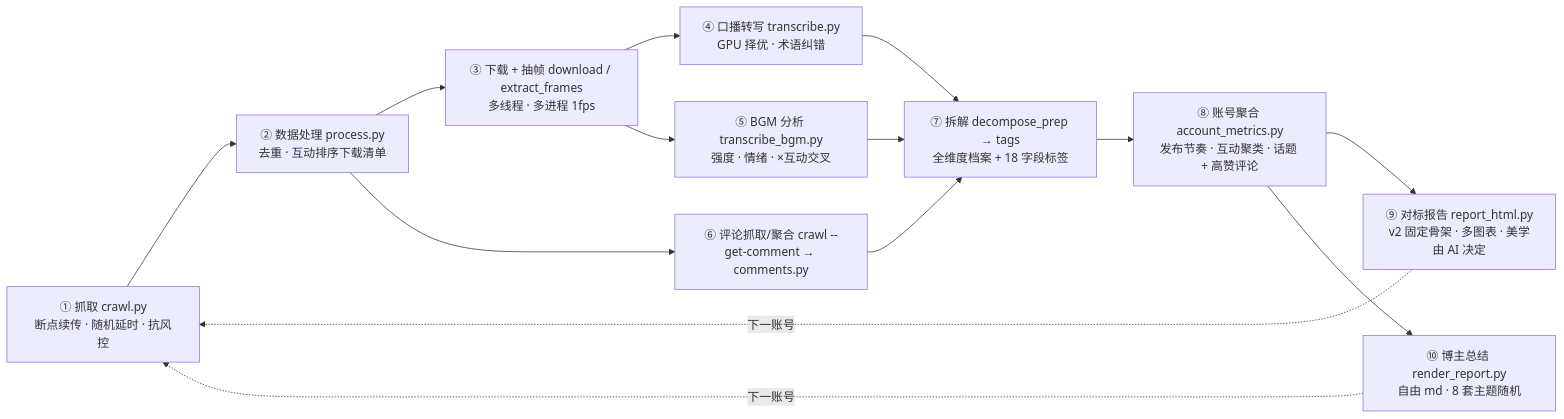
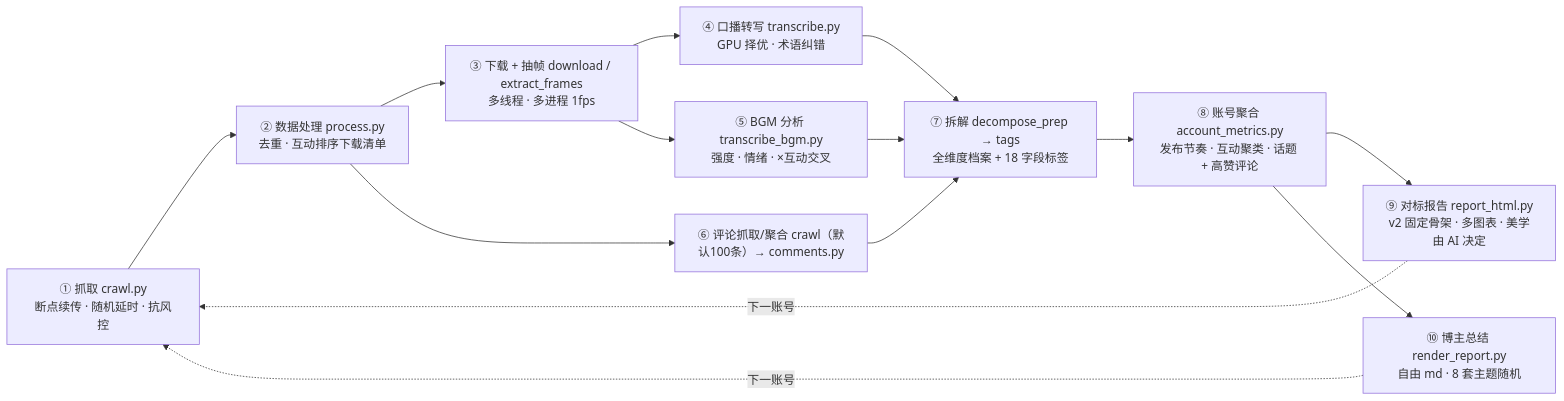
The diagram in README.md (sdhack/douyin-crawl-report), drawn with Mermaid before and after one commit. The commit also changed other lines of this file and 10 other files, not shown here.

````diff
--- a/README.md
+++ b/README.md
@@ -18,16 +18,16 @@
 ```mermaid
 flowchart LR
     A["① 抓取 crawl.py<br/>断点续传 · 随机延时 · 抗风控"] --> B["② 数据处理 process.py<br/>去重 · 互动排序下载清单"]
     B --> C["③ 下载 + 抽帧 download / extract_frames<br/>多线程 · 多进程 1fps"]
     C --> D["④ 口播转写 transcribe.py<br/>GPU 择优 · 术语纠错"]
     C --> E["⑤ BGM 分析 transcribe_bgm.py<br/>强度 · 情绪 · ×互动交叉"]
-    B --> F["⑥ 评论抓取/聚合 crawl --get-comment → comments.py"]
+    B --> F["⑥ 评论抓取/聚合 crawl（默认100条）→ comments.py"]
     D --> G["⑦ 拆解 decompose_prep → tags<br/>全维度档案 + 18 字段标签"]
     F --> G
     E --> G
     G --> H["⑧ 账号聚合 account_metrics.py<br/>发布节奏 · 互动聚类 · 话题 + 高赞评论"]
     H --> I["⑨ 对标报告 report_html.py<br/>v2 固定骨架 · 多图表 · 美学由 AI 决定"]
     H --> J["⑩ 博主总结 render_report.py<br/>自由 md · 8 套主题随机"]
     I -.->|下一账号| A
     J -.->|下一账号| A
 ```
````
